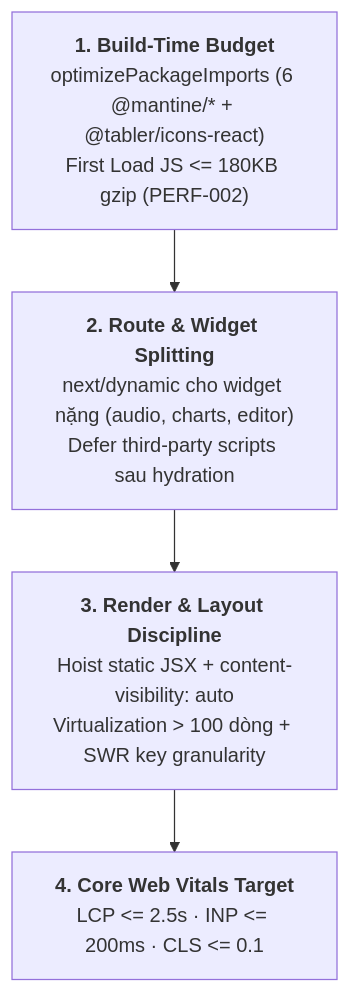
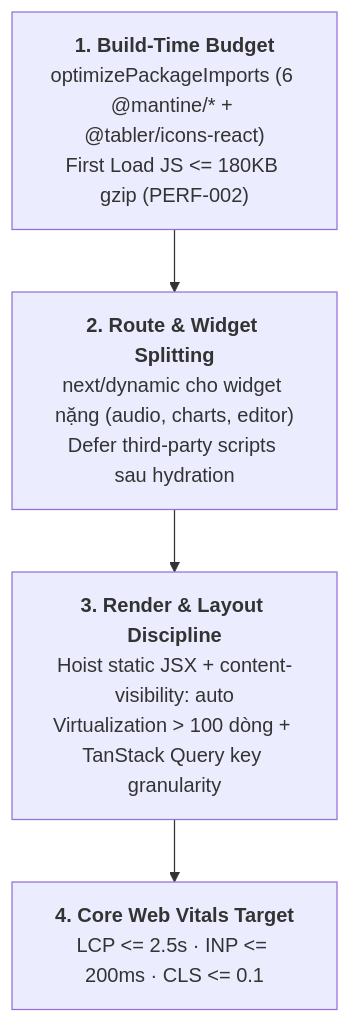
Before and after one commit to lethanhan01/interview-coach: the diagram in client/docs/docs/04-performance-and-ops/performance-and-web-vitals.md, drawn with Mermaid. The commit also changed other lines of this file and 18 other files, not shown here.

````diff
--- a/client/docs/docs/04-performance-and-ops/performance-and-web-vitals.md
+++ b/client/docs/docs/04-performance-and-ops/performance-and-web-vitals.md
@@ -30,6 +30,6 @@
 ```mermaid
 flowchart TD
     B1["<b>1. Build-Time Budget</b><br/>optimizePackageImports (6 @mantine/* + @tabler/icons-react)<br/>First Load JS <= 180KB gzip (PERF-002)"] --> B2["<b>2. Route & Widget Splitting</b><br/>next/dynamic cho widget nặng (audio, charts, editor)<br/>Defer third-party scripts sau hydration"]
-    B2 --> B3["<b>3. Render & Layout Discipline</b><br/>Hoist static JSX + content-visibility: auto<br/>Virtualization > 100 dòng + SWR key granularity"]
+    B2 --> B3["<b>3. Render & Layout Discipline</b><br/>Hoist static JSX + content-visibility: auto<br/>Virtualization > 100 dòng + TanStack Query key granularity"]
     B3 --> CWV["<b>4. Core Web Vitals Target</b><br/>LCP <= 2.5s · INP <= 200ms · CLS <= 0.1"]
 ```
````
